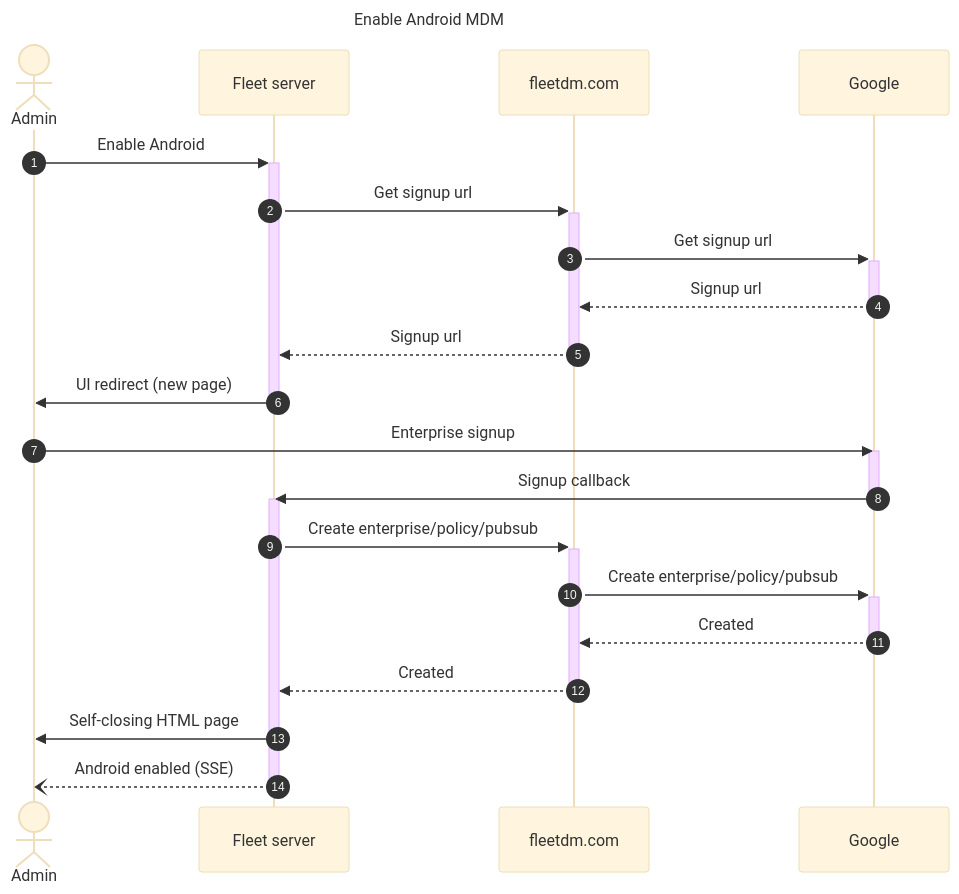
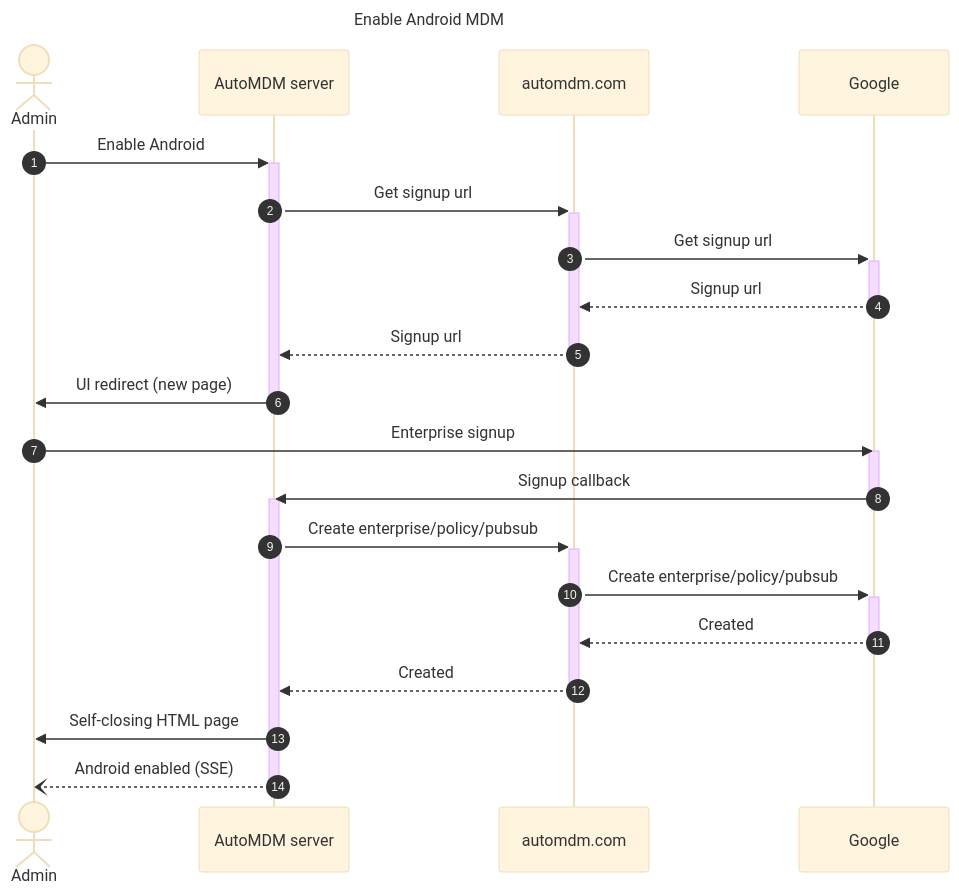
One commit to anilyagiz/AutoMDM changed the first of 3 diagrams in docs/Contributing/mdm/android/android-mdm.md. Above: the diagram before and after it, drawn with Mermaid (base theme). The commit also changed other lines of this file and 7979 other files, not shown here.

First line of the commit message:
Rebrand Fleet as AutoMDM (mechanical pass)

````diff
--- a/docs/Contributing/mdm/android/android-mdm.md
+++ b/docs/Contributing/mdm/android/android-mdm.md
@@ -82,31 +82,31 @@
 ```mermaid
 ---
 title: Enable Android MDM
 ---
 sequenceDiagram
     autonumber
     actor Admin
-    participant Fleet server
-    participant fleetdm.com
+    participant AutoMDM server
+    participant automdm.com
     participant Google
 
-    Admin->>+Fleet server: Enable Android
-    Fleet server->>+fleetdm.com: Get signup url
-    fleetdm.com->>+Google: Get signup url
-    Google-->>-fleetdm.com: Signup url
-    fleetdm.com-->>-Fleet server: Signup url
-    Fleet server->>-Admin: UI redirect (new page)
+    Admin->>+AutoMDM server: Enable Android
+    AutoMDM server->>+automdm.com: Get signup url
+    automdm.com->>+Google: Get signup url
+    Google-->>-automdm.com: Signup url
+    automdm.com-->>-AutoMDM server: Signup url
+    AutoMDM server->>-Admin: UI redirect (new page)
 
     Admin->>Google: Enterprise signup
     activate Google
-    Google->>Fleet server: Signup callback
+    Google->>AutoMDM server: Signup callback
     deactivate Google
-    activate Fleet server
-    Fleet server->>+fleetdm.com: Create enterprise/policy/pubsub
-    fleetdm.com->>+Google: Create enterprise/policy/pubsub
-    Google-->>-fleetdm.com: Created
-    fleetdm.com-->>-Fleet server: Created
-    Fleet server->>Admin: Self-closing HTML page
-    Fleet server--)Admin: Android enabled (SSE)
-    deactivate Fleet server
+    activate AutoMDM server
+    AutoMDM server->>+automdm.com: Create enterprise/policy/pubsub
+    automdm.com->>+Google: Create enterprise/policy/pubsub
+    Google-->>-automdm.com: Created
+    automdm.com-->>-AutoMDM server: Created
+    AutoMDM server->>Admin: Self-closing HTML page
+    AutoMDM server--)Admin: Android enabled (SSE)
+    deactivate AutoMDM server
 ```
````
